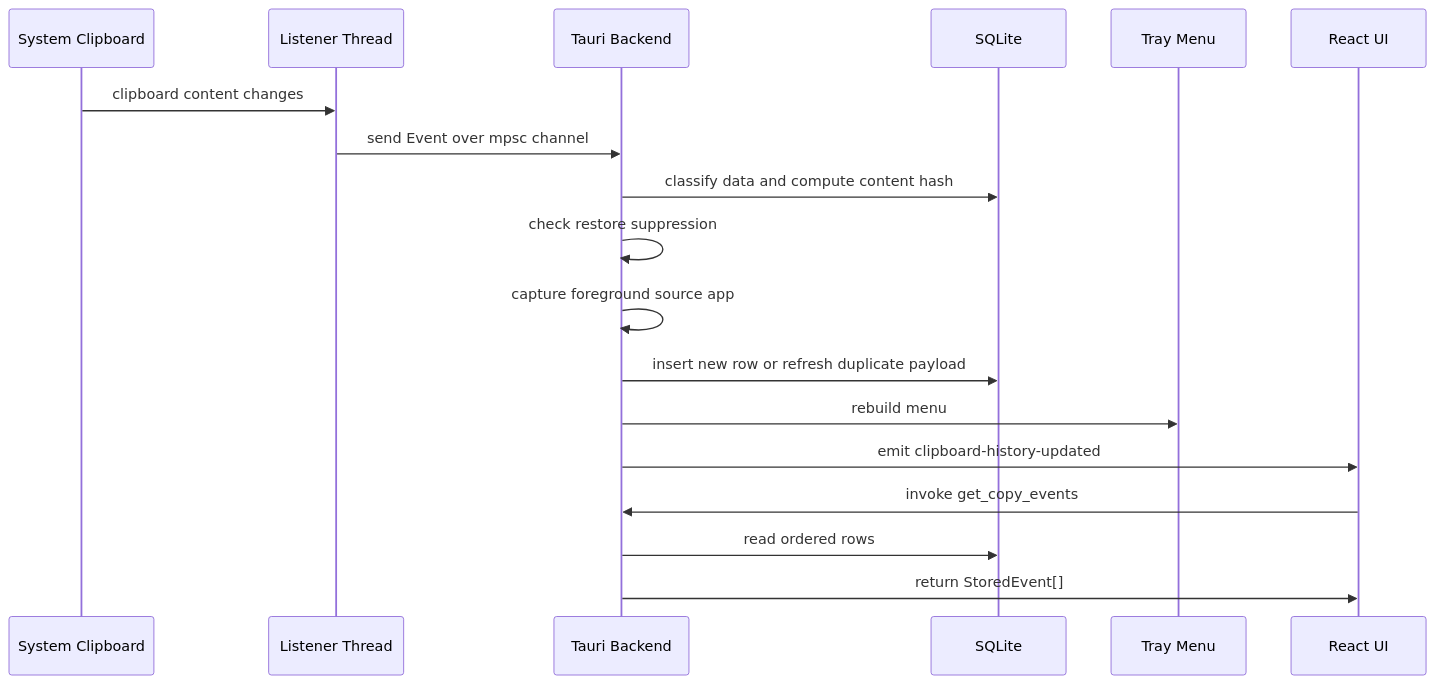
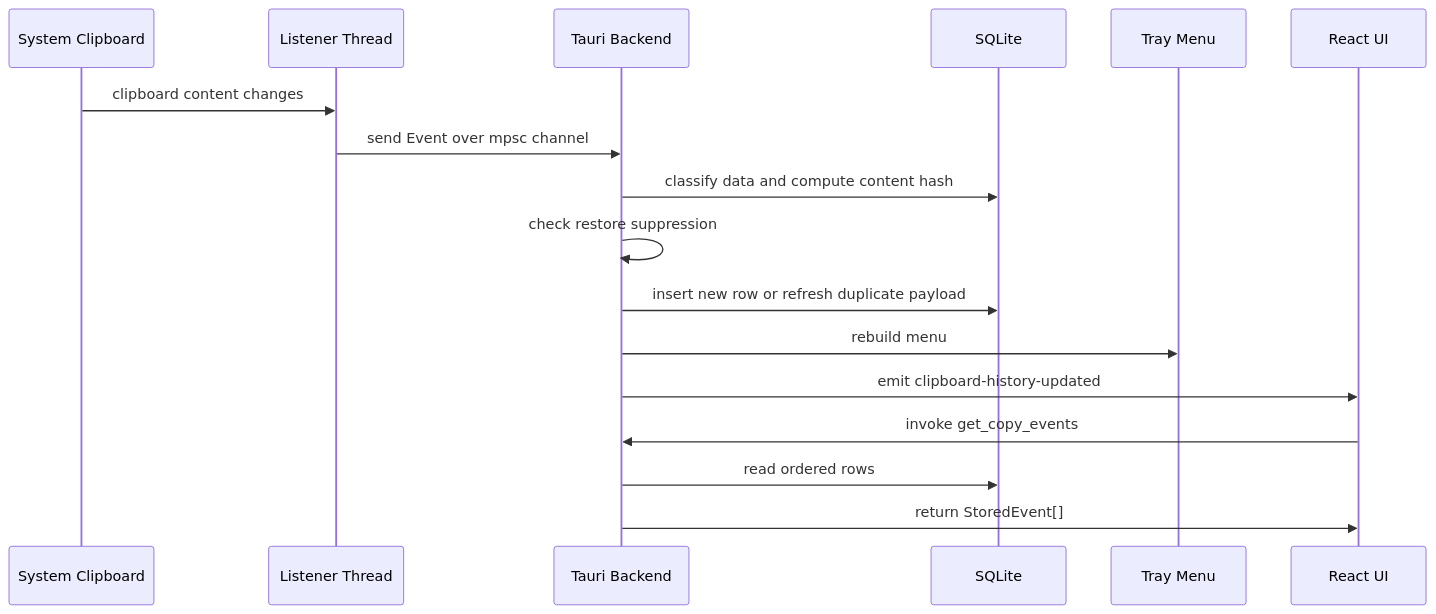
Before and after one commit to vdpw/copy_stack: the first of 2 diagrams in docs/clipboard-flows.md, drawn with Mermaid. The commit also changed other lines of this file and 10 other files, not shown here.

````diff
--- a/docs/clipboard-flows.md
+++ b/docs/clipboard-flows.md
@@ -15,21 +15,20 @@
 ```mermaid
 sequenceDiagram
   participant Clipboard as System Clipboard
   participant Listener as Listener Thread
   participant Backend as Tauri Backend
   participant DB as SQLite
   participant Tray as Tray Menu
   participant UI as React UI
 
   Clipboard->>Listener: clipboard content changes
   Listener->>Backend: send Event over mpsc channel
   Backend->>DB: classify data and compute content hash
   Backend->>Backend: check restore suppression
-  Backend->>Backend: capture foreground source app
   Backend->>DB: insert new row or refresh duplicate payload
   Backend->>Tray: rebuild menu
   Backend->>UI: emit clipboard-history-updated
   UI->>Backend: invoke get_copy_events
   Backend->>DB: read ordered rows
   Backend->>UI: return StoredEvent[]
 ```
````
